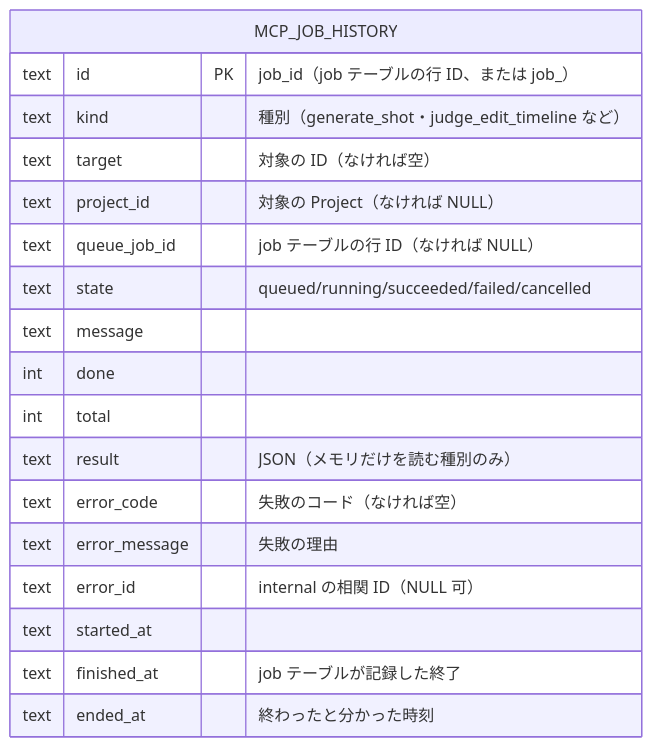
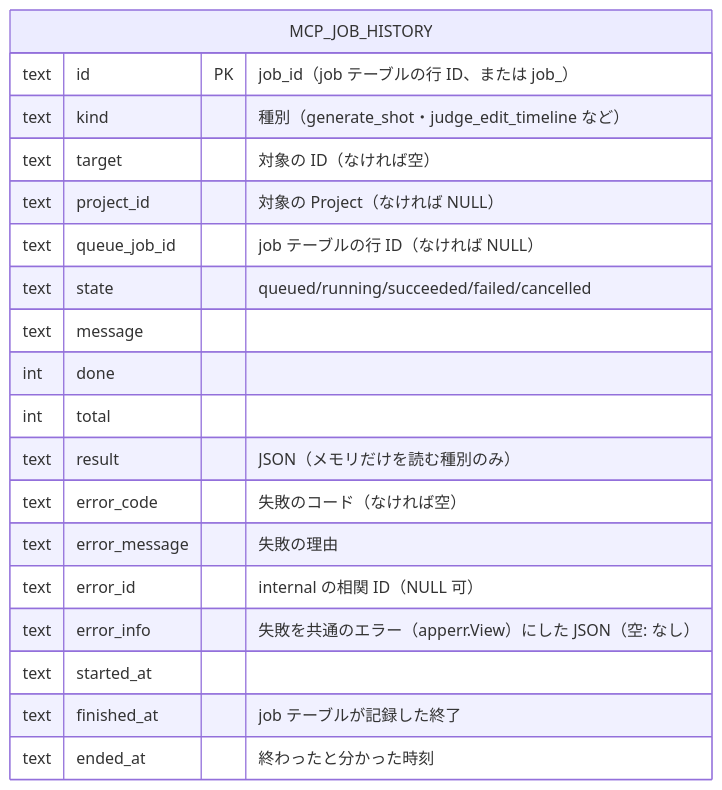
One commit to ousiassllc/mam changed the second of 2 diagrams in spec/architecture/er-mcp.md. Above: the diagram before and after it, drawn with Mermaid. The commit also changed other lines of this file and 42 other files, not shown here.

Commit message:
feat: 共通のエラーを生成・企画・ジョブ・音声・トースト・MCP の経路に載せ替え、spec/architecture/errors.md を追加 (#1010)

````diff
--- a/spec/architecture/er-mcp.md
+++ b/spec/architecture/er-mcp.md
@@ -28,21 +28,22 @@
 ```mermaid
 erDiagram
     MCP_JOB_HISTORY {
         text id PK "job_id（job テーブルの行 ID、または job_<UUIDv7>）"
         text kind "種別（generate_shot・judge_edit_timeline など）"
         text target "対象の ID（なければ空）"
         text project_id "対象の Project（なければ NULL）"
         text queue_job_id "job テーブルの行 ID（なければ NULL）"
         text state "queued/running/succeeded/failed/cancelled"
         text message
         int done
         int total
         text result "JSON（メモリだけを読む種別のみ）"
         text error_code "失敗のコード（なければ空）"
         text error_message "失敗の理由"
         text error_id "internal の相関 ID（NULL 可）"
+        text error_info "失敗を共通のエラー（apperr.View）にした JSON（空: なし）"
         text started_at
         text finished_at "job テーブルが記録した終了"
         text ended_at "終わったと分かった時刻"
     }
 ```
````
